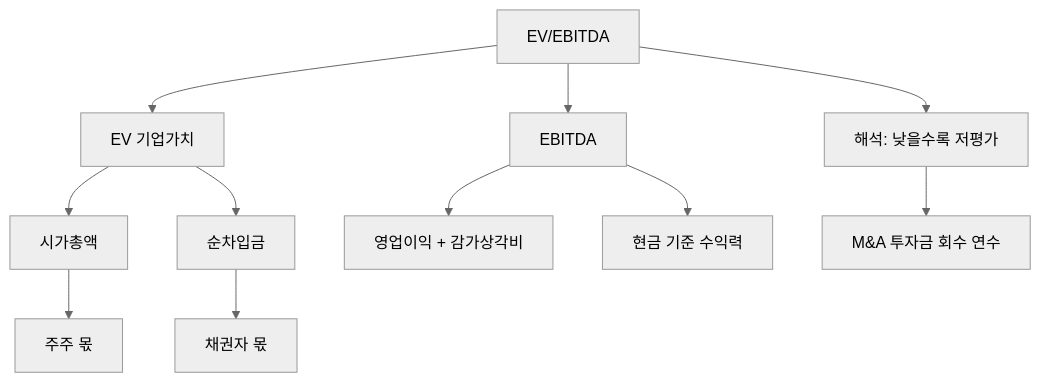
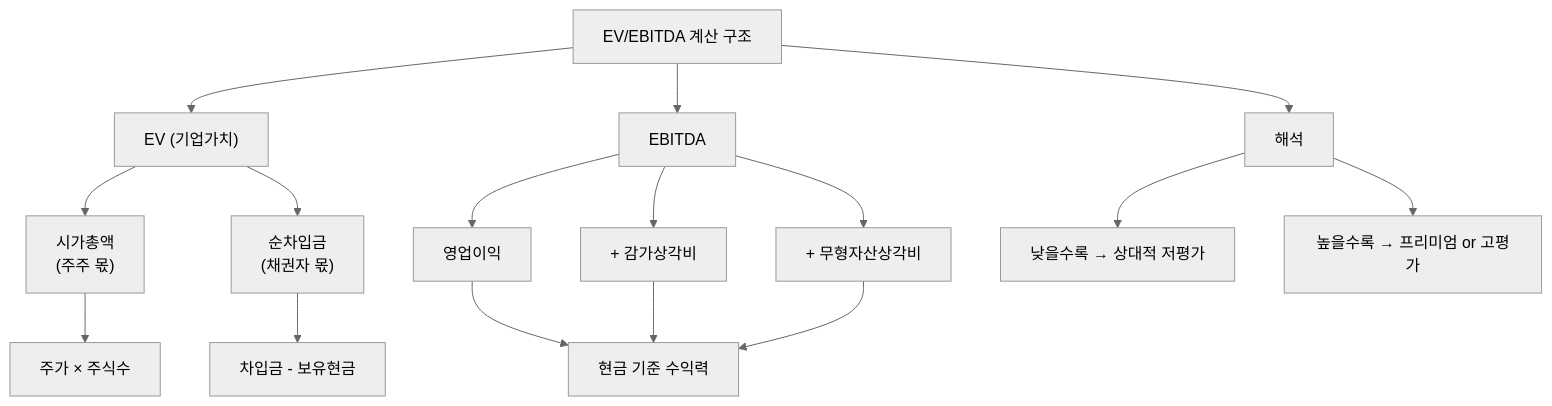
One commit to yeongseon/stock-visual-note changed the diagram in content/stock-terms/ko/level-05-valuation/ev-ebitda.md. Above: the diagram before and after it, drawn with Mermaid (neutral theme). The commit also changed other lines of this file, not shown here.

Commit message:
content: rewrite ev-ebitda.md — M&A 밸류에이션 프로세스, PER vs EV/EBITDA 비교 시나리오, 14노드 Mermaid, 4개 오해 추가

````diff
--- a/content/stock-terms/ko/level-05-valuation/ev-ebitda.md
+++ b/content/stock-terms/ko/level-05-valuation/ev-ebitda.md
@@ -39,14 +49,23 @@
 ```mermaid
 graph TD
-    A["EV/EBITDA"]
-    A --> B["EV 기업가치"]
+    A["EV/EBITDA 계산 구조"]
+
+    A --> B["EV (기업가치)"]
     A --> C["EBITDA"]
-    B --> B1["시가총액"]
-    B --> B2["순차입금"]
-    B1 --> D["주주 몫"]
-    B2 --> E["채권자 몫"]
-    C --> C1["영업이익 + 감가상각비"]
-    C --> C2["현금 기준 수익력"]
-    A --> F["해석: 낮을수록 저평가"]
-    F --> F1["M&A 투자금 회수 연수"]
+
+    B --> B1["시가총액<br>(주주 몫)"]
+    B --> B2["순차입금<br>(채권자 몫)"]
+    B1 --> B3["주가 × 주식수"]
+    B2 --> B4["차입금 - 보유현금"]
+
+    C --> C1["영업이익"]
+    C --> C2["+ 감가상각비"]
+    C --> C3["+ 무형자산상각비"]
+    C1 --> C4["현금 기준 수익력"]
+    C2 --> C4
+    C3 --> C4
+
+    A --> D["해석"]
+    D --> D1["낮을수록 → 상대적 저평가"]
+    D --> D2["높을수록 → 프리미엄 or 고평가"]
 ```
````
